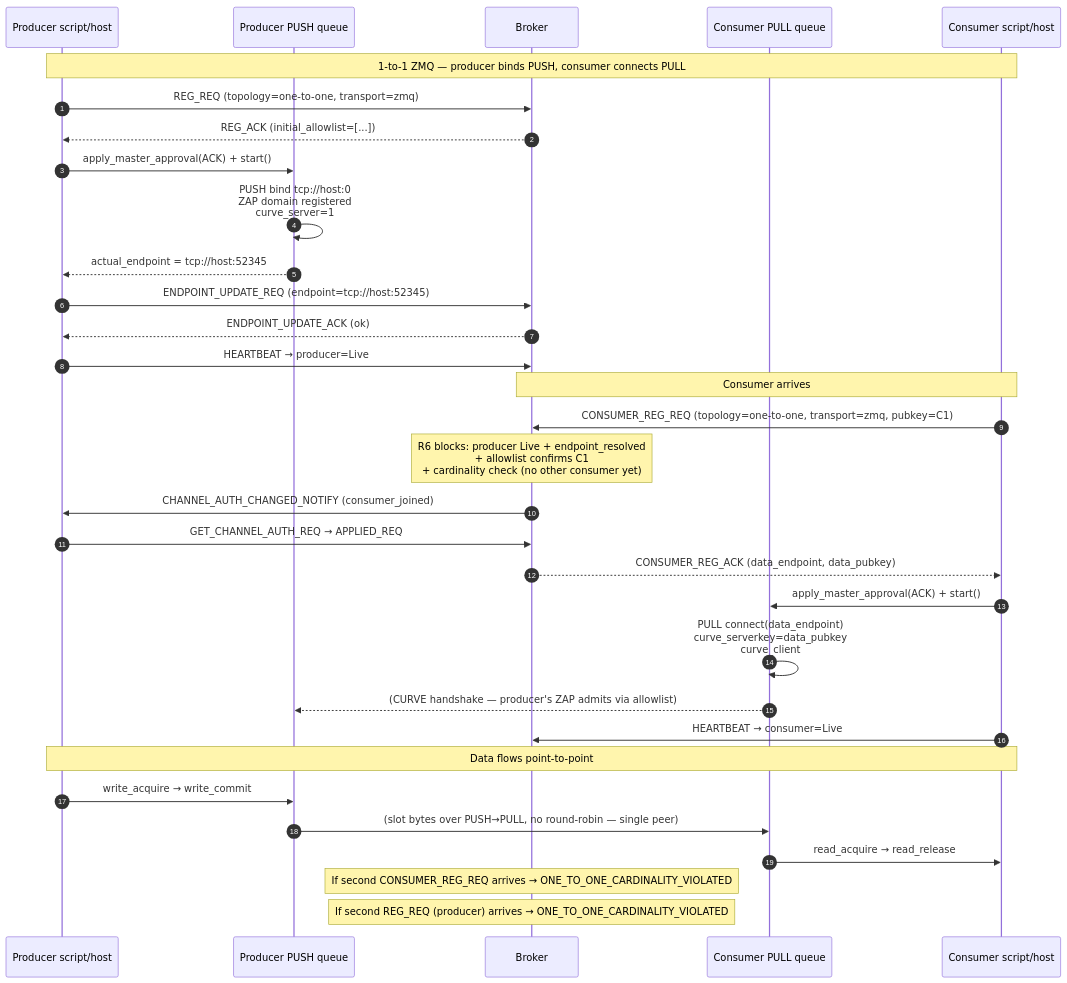
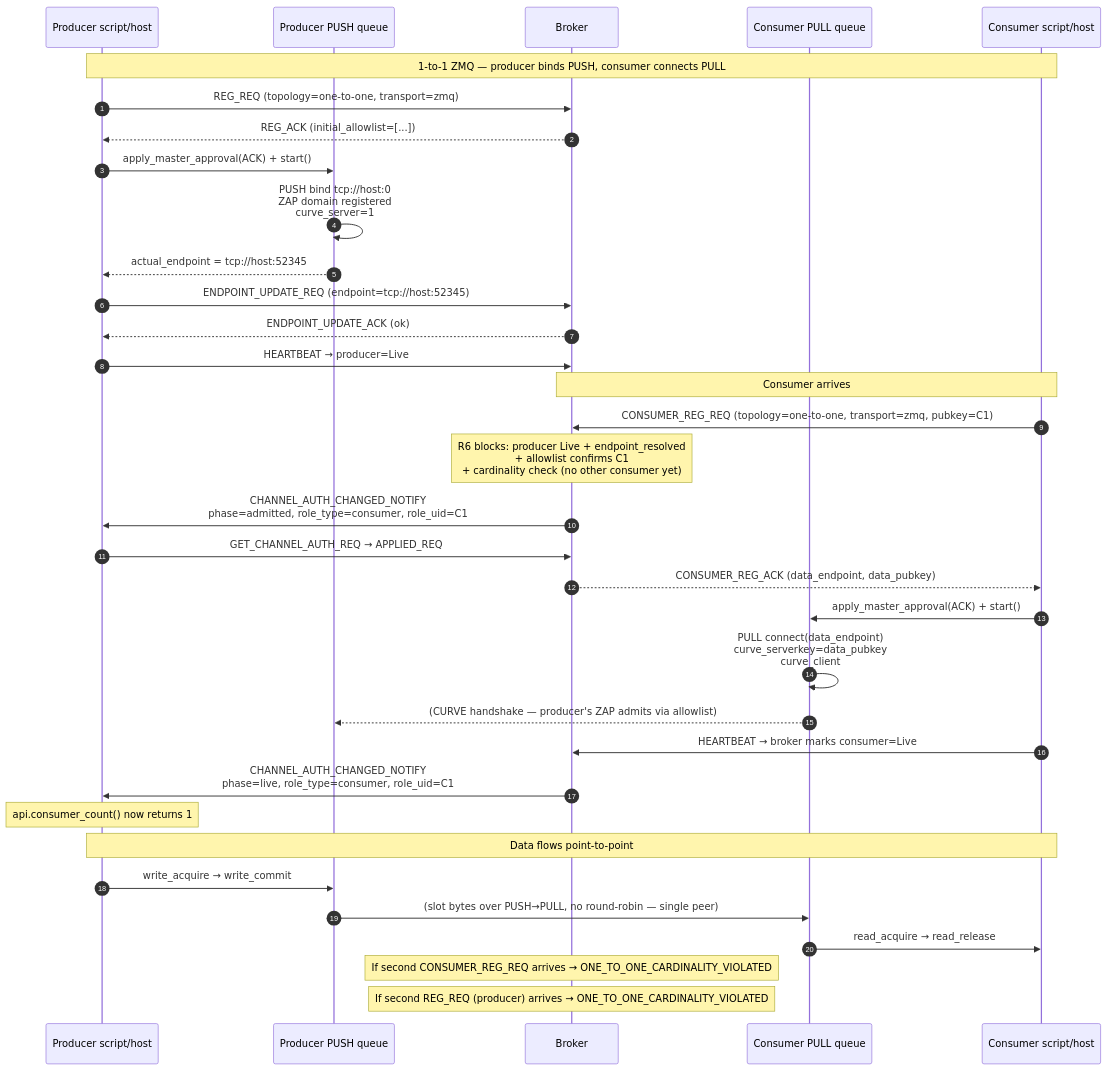
One commit to Qing-LAB/pylabhub changed the fifth of 7 diagrams in docs/tech_draft/DRAFT_topology_singular_side_2026-07.md. Above: the diagram before and after it, drawn with Mermaid. The commit also changed other lines of this file, not shown here.

````diff
--- a/docs/tech_draft/DRAFT_topology_singular_side_2026-07.md
+++ b/docs/tech_draft/DRAFT_topology_singular_side_2026-07.md
@@ -765,37 +829,39 @@
 ```mermaid
 sequenceDiagram
     autonumber
     participant PS as Producer script/host
     participant PQ as Producer PUSH queue
     participant B  as Broker
     participant CQ as Consumer PULL queue
     participant CS as Consumer script/host
 
     Note over PS,CS: 1-to-1 ZMQ — producer binds PUSH, consumer connects PULL
     PS->>B: REG_REQ (topology=one-to-one, transport=zmq)
     B-->>PS: REG_ACK (initial_allowlist=[...])
     PS->>PQ: apply_master_approval(ACK) + start()
     PQ->>PQ: PUSH bind tcp://host:0<br/>ZAP domain registered<br/>curve_server=1
     PQ-->>PS: actual_endpoint = tcp://host:52345
     PS->>B: ENDPOINT_UPDATE_REQ (endpoint=tcp://host:52345)
     B-->>PS: ENDPOINT_UPDATE_ACK (ok)
     PS->>B: HEARTBEAT → producer=Live
 
     Note over CS,B: Consumer arrives
     CS->>B: CONSUMER_REG_REQ (topology=one-to-one, transport=zmq, pubkey=C1)
     Note over B: R6 blocks: producer Live + endpoint_resolved<br/>+ allowlist confirms C1<br/>+ cardinality check (no other consumer yet)
-    B->>PS: CHANNEL_AUTH_CHANGED_NOTIFY (consumer_joined)
+    B->>PS: CHANNEL_AUTH_CHANGED_NOTIFY<br/>phase=admitted, role_type=consumer, role_uid=C1
     PS->>B: GET_CHANNEL_AUTH_REQ → APPLIED_REQ
     B-->>CS: CONSUMER_REG_ACK (data_endpoint, data_pubkey)
     CS->>CQ: apply_master_approval(ACK) + start()
     CQ->>CQ: PULL connect(data_endpoint)<br/>curve_serverkey=data_pubkey<br/>curve_client
     CQ-->>PQ: (CURVE handshake — producer's ZAP admits via allowlist)
-    CS->>B: HEARTBEAT → consumer=Live
+    CS->>B: HEARTBEAT → broker marks consumer=Live
+    B->>PS: CHANNEL_AUTH_CHANGED_NOTIFY<br/>phase=live, role_type=consumer, role_uid=C1
+    Note over PS: api.consumer_count() now returns 1
     Note over PS,CS: Data flows point-to-point
     PS->>PQ: write_acquire → write_commit
     PQ->>CQ: (slot bytes over PUSH→PULL, no round-robin — single peer)
     CQ->>CS: read_acquire → read_release
 
     Note over B,B: If second CONSUMER_REG_REQ arrives → ONE_TO_ONE_CARDINALITY_VIOLATED
     Note over B,B: If second REG_REQ (producer) arrives → ONE_TO_ONE_CARDINALITY_VIOLATED
 ```
````
